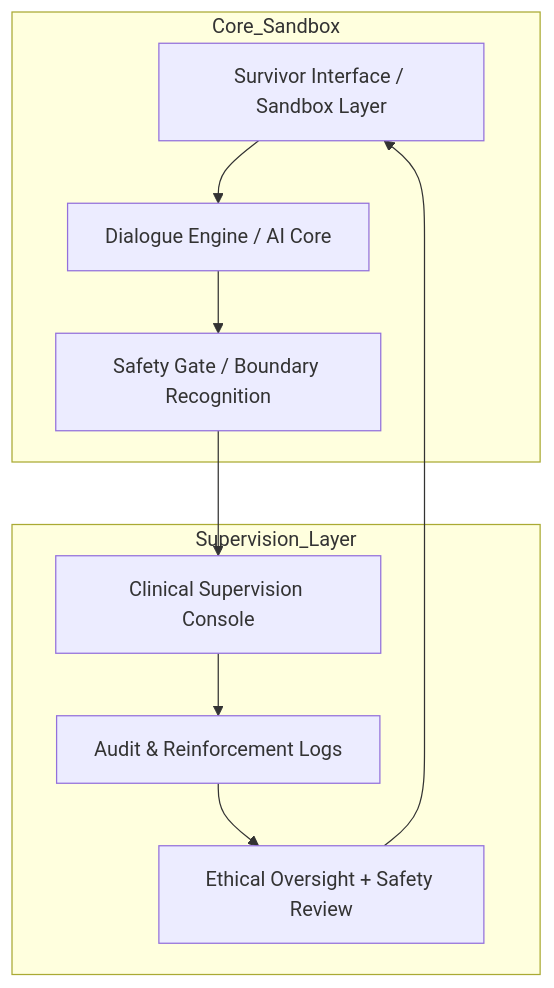
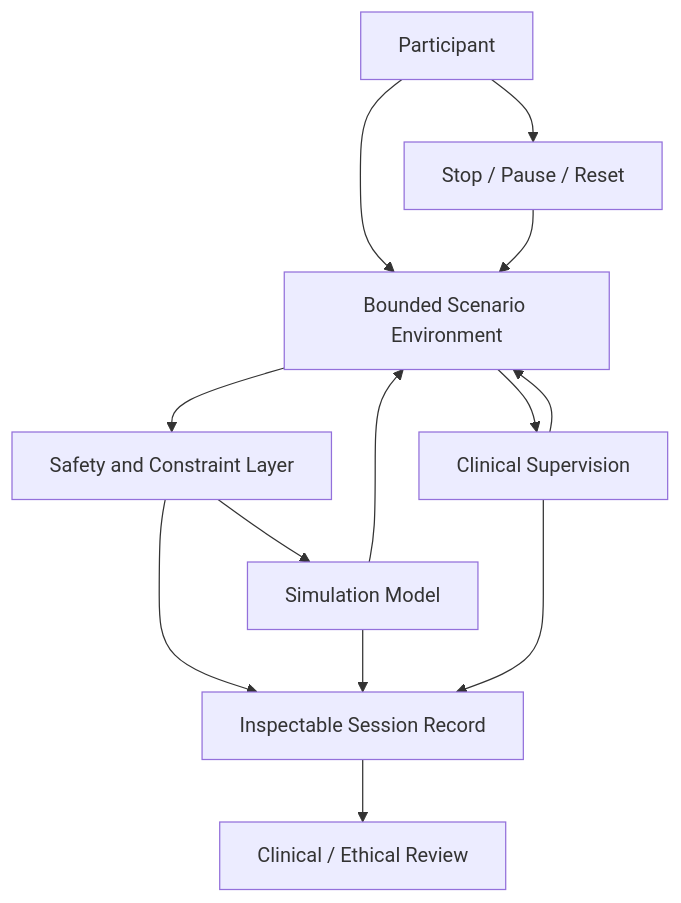
Before and after one commit to josefsbreakfast/Polaris-Protocol: the diagram in 🌕_5_Long_Strategies/❤️‍🩹_Rehabilitated_Tech/💎_therapeutic_sandbox.md, drawn with Mermaid. The commit also changed other lines of this file, not shown here.

````diff
--- a/🌕_5_Long_Strategies/❤️‍🩹_Rehabilitated_Tech/💎_therapeutic_sandbox.md
+++ b/🌕_5_Long_Strategies/❤️‍🩹_Rehabilitated_Tech/💎_therapeutic_sandbox.md
@@ -63,21 +192,19 @@
 ```mermaid
-graph TD
-A[Survivor Interface / Sandbox Layer] --> B[Dialogue Engine / AI Core]
-B --> C[Safety Gate / Boundary Recognition]
-C --> D[Clinical Supervision Console]
-D --> E[Audit & Reinforcement Logs]
-E --> F[Ethical Oversight + Safety Review]
-F --> A
+flowchart TD
+    P[Participant] --> S[Bounded Scenario Environment]
+    S --> G[Safety and Constraint Layer]
+    G --> M[Simulation Model]
+    M --> S
 
-subgraph Core_Sandbox
-A
-B
-C
-end
+    S --> C[Clinical Supervision]
+    C --> S
 
-subgraph Supervision_Layer
-D
-E
-F
-end
+    G --> A[Inspectable Session Record]
+    M --> A
+    C --> A
+
+    A --> R[Clinical / Ethical Review]
+
+    P --> X[Stop / Pause / Reset]
+    X --> S
 ```
````
